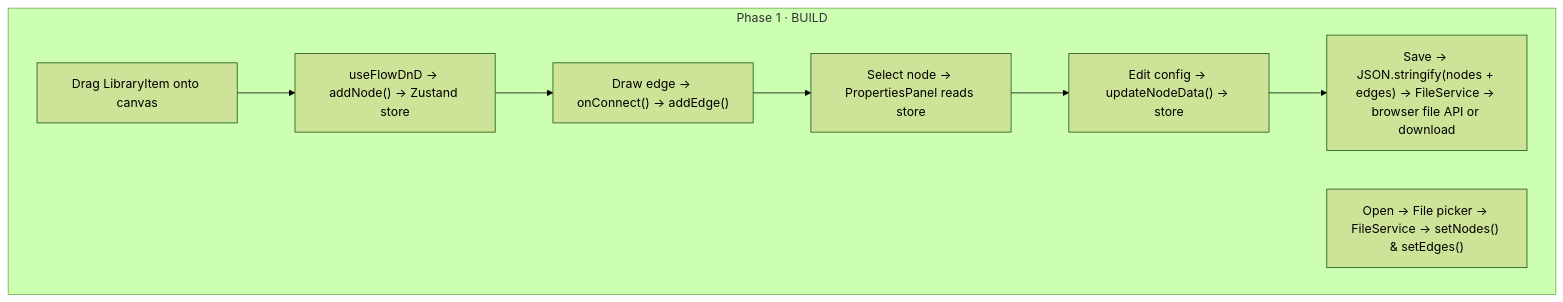
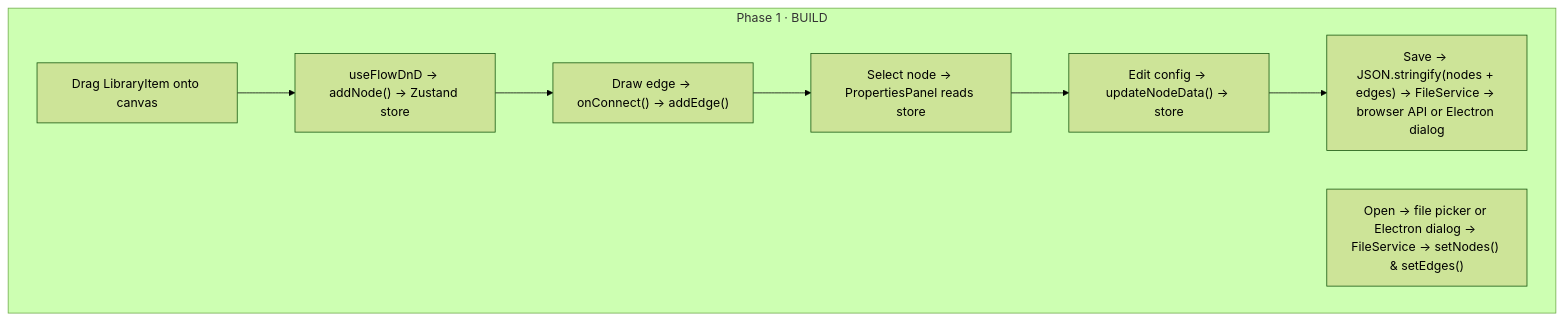
One commit to Newton-School/systems-simulator changed the first of 4 diagrams in README.md. Above: the diagram before and after it, drawn with Mermaid (forest theme). The commit also changed other lines of this file and 7 other files, not shown here.

````diff
--- a/README.md
+++ b/README.md
@@ -71,14 +71,14 @@
 ```mermaid
 flowchart TD
     subgraph BUILD["Phase 1 · BUILD"]
         B1["Drag LibraryItem onto canvas"]
         B2["useFlowDnD → addNode() → Zustand store"]
         B3["Draw edge → onConnect() → addEdge()"]
         B4["Select node → PropertiesPanel reads store"]
         B5["Edit config → updateNodeData() → store"]
-        B6["Save → JSON.stringify(nodes + edges) → FileService → browser file API or download"]
-        B7["Open → File picker → FileService → setNodes() & setEdges()"]
+        B6["Save → JSON.stringify(nodes + edges) → FileService → browser API or Electron dialog"]
+        B7["Open → file picker or Electron dialog → FileService → setNodes() & setEdges()"]
         B1 --> B2 --> B3 --> B4 --> B5
         B5 --> B6
     end
 ```
````
